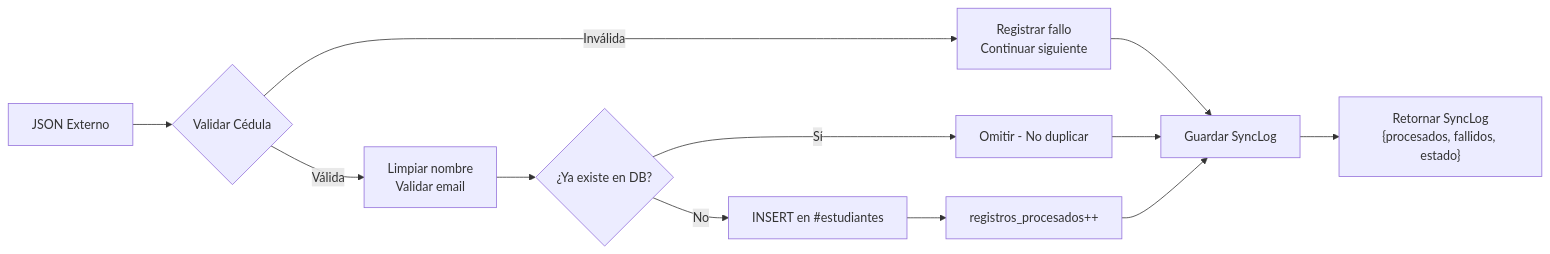
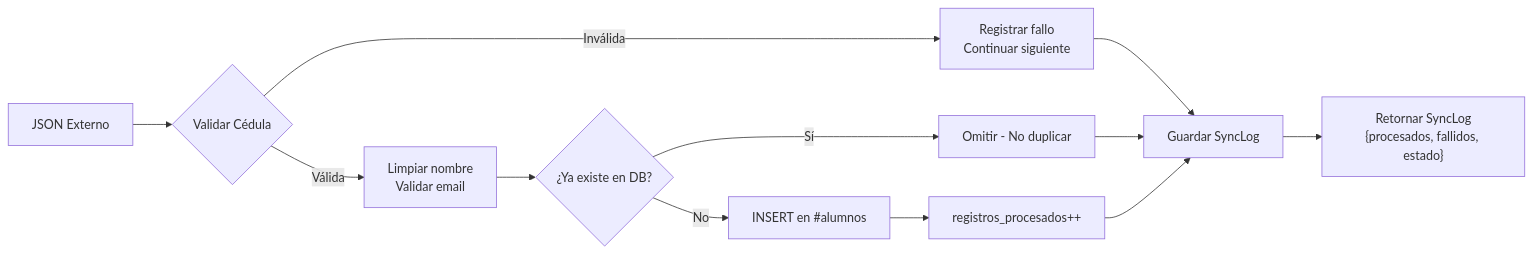
Before and after one commit to JorgeDoicela/istpet_vehiculos: the second of 2 diagrams in docs/SECURITY_DATA_SHIELD.md, drawn with Mermaid. The commit also changed other lines of this file and 7 other files, not shown here.

````diff
--- a/docs/SECURITY_DATA_SHIELD.md
+++ b/docs/SECURITY_DATA_SHIELD.md
@@ -78,14 +79,14 @@
 ```mermaid
 flowchart LR
     A[JSON Externo] --> B{Validar Cédula}
     B -- Inválida --> C[Registrar fallo\nContinuar siguiente]
     B -- Válida --> D[Limpiar nombre\nValidar email]
     D --> E{¿Ya existe en DB?}
     E -- Sí --> F[Omitir - No duplicar]
-    E -- No --> G[INSERT en #estudiantes]
+    E -- No --> G[INSERT en #alumnos]
     G --> H[registros_procesados++]
     C --> I[Guardar SyncLog]
     F --> I
     H --> I
     I --> J["Retornar SyncLog\n{procesados, fallidos, estado}"]
 ```
````
